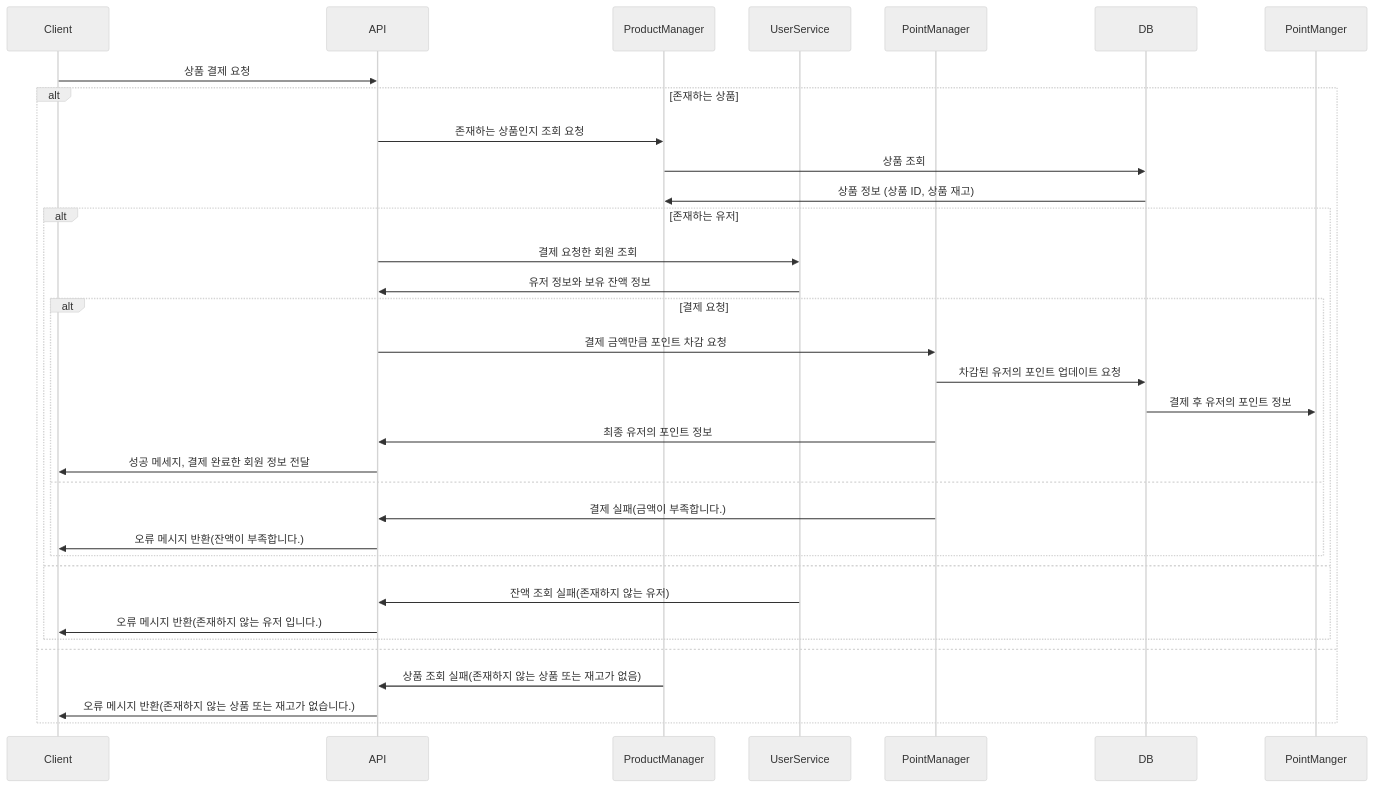
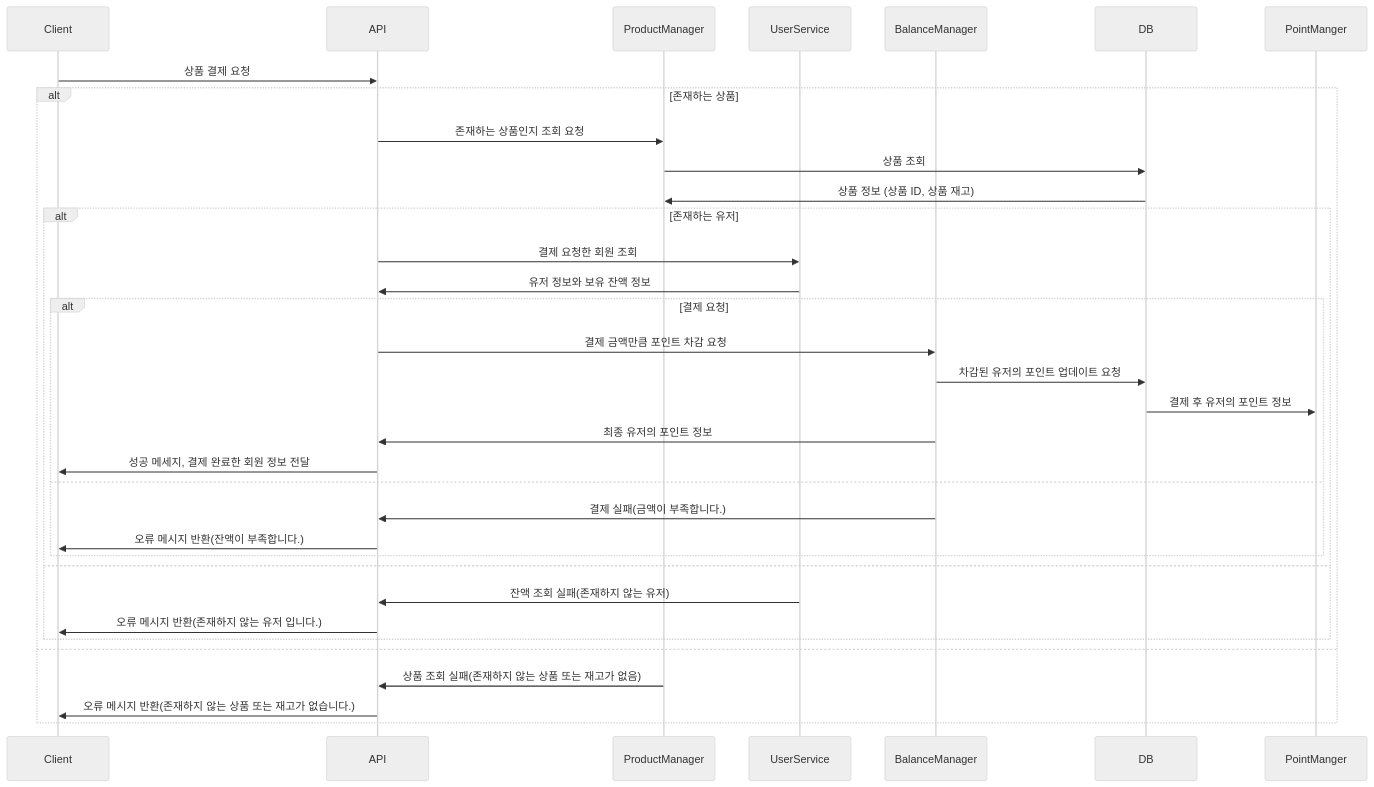
The fifth of 7 diagrams in docs/EventSequence.md (LeeJeongGi/hhplus-03-ecommerce), drawn with Mermaid (neutral theme) before and after one commit. The commit also changed other lines of this file and 2 other files, not shown here.

Commit message:
feat : ERD 작성 및 이벤트 시퀀스시 PointManager -> BalanceManger 이름 수정

````diff
--- a/docs/EventSequence.md
+++ b/docs/EventSequence.md
@@ -109,41 +109,41 @@
 ```mermaid
 sequenceDiagram
     participant Client
     participant API
     participant ProductManager
     participant UserService
-    participant PointManager
+    participant BalanceManager
     participant DB
     
     Client ->> API: 상품 결제 요청
     alt 존재하는 상품
     
         API ->> ProductManager: 존재하는 상품인지 조회 요청
         ProductManager ->> DB: 상품 조회
         DB ->> ProductManager: 상품 정보 (상품 ID, 상품 재고)
     
         alt 존재하는 유저
             API ->> UserService: 결제 요청한 회원 조회
             UserService ->> API: 유저 정보와 보유 잔액 정보
             
             alt 결제 요청
-                API ->> PointManager: 결제 금액만큼 포인트 차감 요청
-                PointManager ->> DB: 차감된 유저의 포인트 업데이트 요청
+                API ->> BalanceManager: 결제 금액만큼 포인트 차감 요청
+                BalanceManager ->> DB: 차감된 유저의 포인트 업데이트 요청
                 DB ->> PointManger: 결제 후 유저의 포인트 정보
-                PointManager ->> API: 최종 유저의 포인트 정보
+                BalanceManager ->> API: 최종 유저의 포인트 정보
                 API ->> Client: 성공 메세지, 결제 완료한 회원 정보 전달
             else
-                PointManager ->> API: 결제 실패(금액이 부족합니다.)
+                BalanceManager ->> API: 결제 실패(금액이 부족합니다.)
                 API ->> Client: 오류 메시지 반환(잔액이 부족합니다.)
             end
             
         else
             UserService ->> API: 잔액 조회 실패(존재하지 않는 유저)
             API ->> Client: 오류 메시지 반환(존재하지 않는 유저 입니다.)
         end
     else
         ProductManager ->> API: 상품 조회 실패(존재하지 않는 상품 또는 재고가 없음)
         API ->> Client: 오류 메시지 반환(존재하지 않는 상품 또는 재고가 없습니다.)
     end
     
 ```
````
